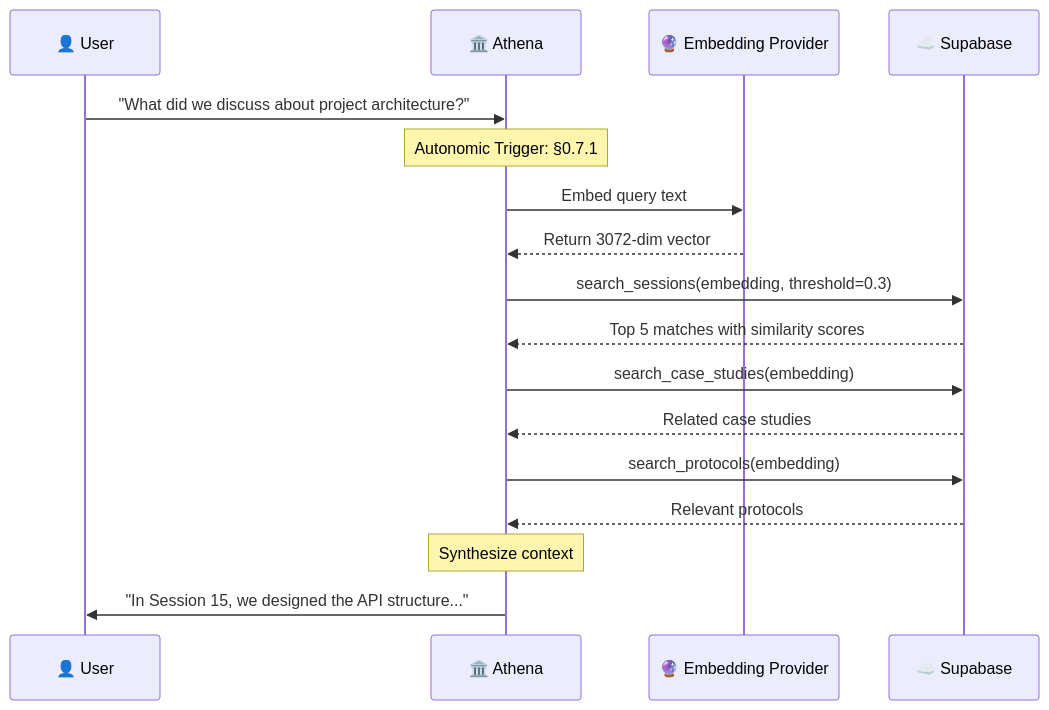
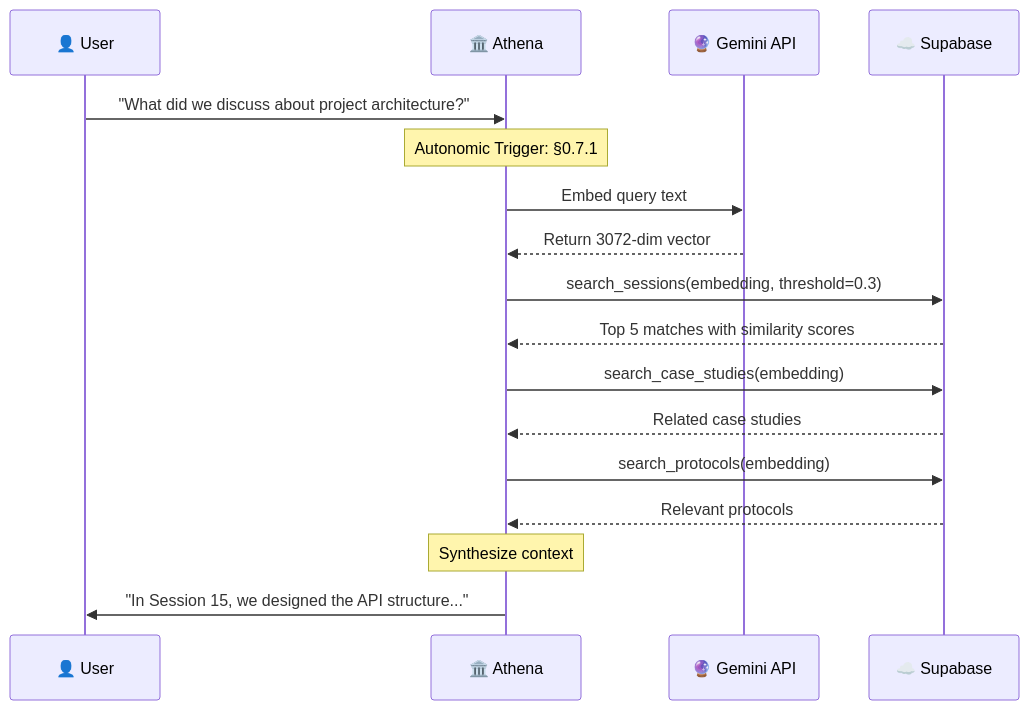
One commit to agent-memory-atlas-archive/winstonkoh87--Athena-Public changed the second of 3 diagrams in docs/VECTORRAG.md. Above: the diagram before and after it, drawn with Mermaid. The commit also changed other lines of this file and 58 other files, not shown here.

````diff
--- a/docs/VECTORRAG.md
+++ b/docs/VECTORRAG.md
@@ -94,27 +97,27 @@
 ```mermaid
 sequenceDiagram
     participant U as 👤 User
     participant A as 🏛️ Athena
-    participant G as 🔮 Embedding Provider
+    participant G as 🔮 Gemini API
     participant S as ☁️ Supabase
     
     U->>A: "What did we discuss about project architecture?"
     
     Note over A: Autonomic Trigger: §0.7.1
     
     A->>G: Embed query text
     G-->>A: Return 3072-dim vector
     
     A->>S: search_sessions(embedding, threshold=0.3)
     S-->>A: Top 5 matches with similarity scores
     
     A->>S: search_case_studies(embedding)
     S-->>A: Related case studies
     
     A->>S: search_protocols(embedding)
     S-->>A: Relevant protocols
     
     Note over A: Synthesize context
     
     A->>U: "In Session 15, we designed the API structure..."
 ```
````
